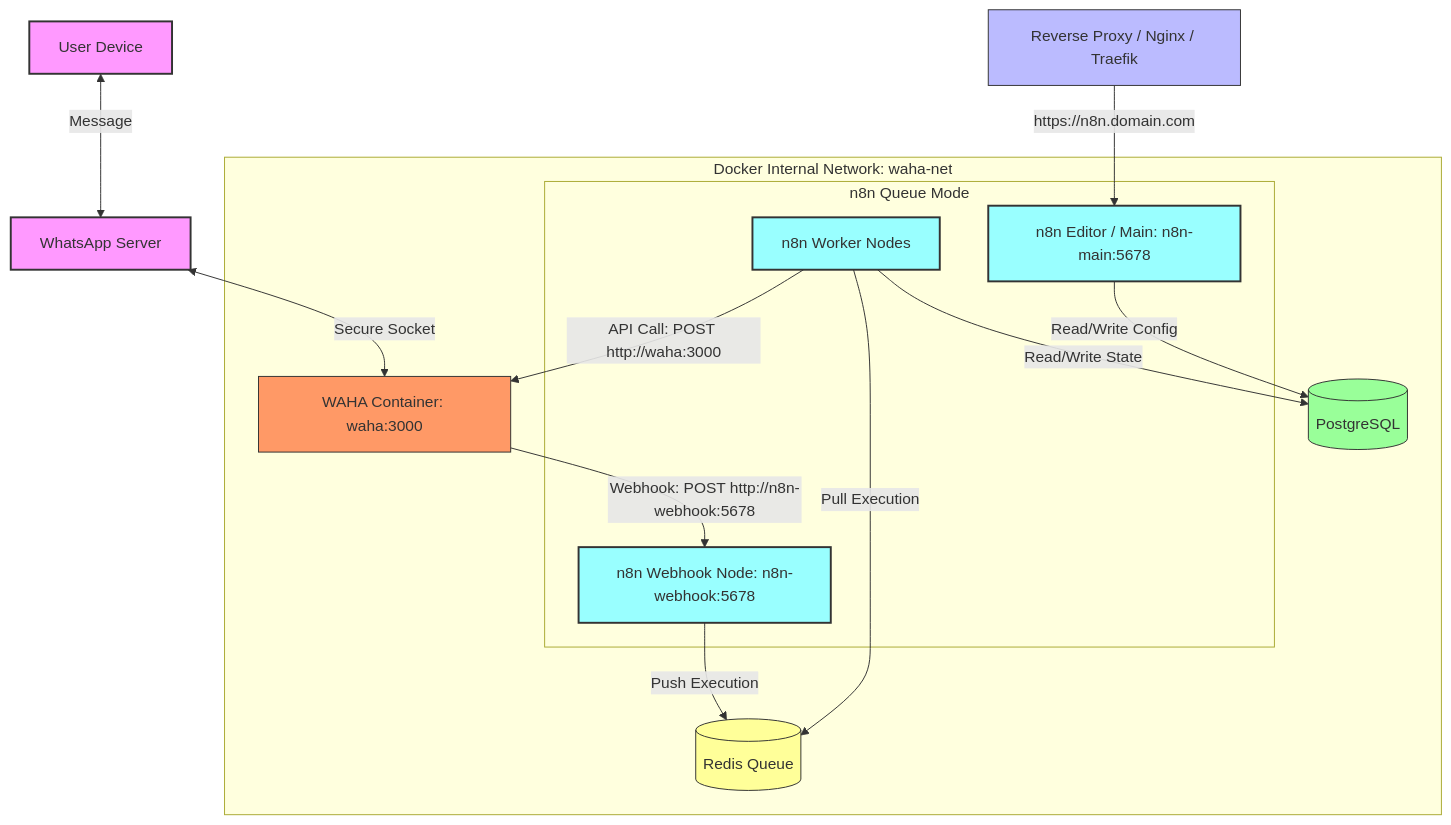
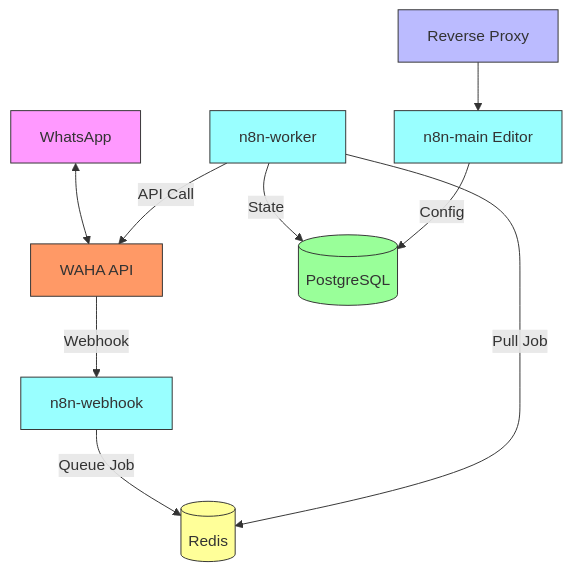
Before and after one commit to yakuyakuku/quartz4site: the first of 3 diagrams in content/Novel/private/WAHA n8n.md, drawn with Mermaid. The commit also changed other lines of this file and 1 other file, not shown here.

Commit message:
vault backup: 2026-06-03 07:51:03

````diff
--- a/content/Novel/private/WAHA n8n.md
+++ b/content/Novel/private/WAHA n8n.md
@@ -17,44 +17,20 @@
 ```mermaid
 graph TD
     %% Styling
-    classDef external fill:#f9f,stroke:#333,stroke-width:2px;
-    classDef frontend fill:#bbf,stroke:#333,stroke-width:1px;
+    classDef ext fill:#f9f,stroke:#333,stroke-width:1px;
+    classDef proxy fill:#bbf,stroke:#333,stroke-width:1px;
     classDef waha fill:#f96,stroke:#333,stroke-width:1px;
-    classDef database fill:#9f9,stroke:#333,stroke-width:1px;
-    classDef queue fill:#ff9,stroke:#333,stroke-width:1px;
-    classDef n8n fill:#9ff,stroke:#333,stroke-width:2px;
+    classDef db fill:#9f9,stroke:#333,stroke-width:1px;
+    classDef redis fill:#ff9,stroke:#333,stroke-width:1px;
+    classDef n8n fill:#9ff,stroke:#333,stroke-width:1px;
 
-    %% Nodes
-    WA[WhatsApp Server]:::external
-    User[User Device]:::external
-    Proxy[Reverse Proxy / Nginx / Traefik]:::frontend
-    
-    subgraph Docker Bridge Network [Docker Internal Network: waha-net]
-        WAHA[WAHA Container: waha:3000]:::waha
-        
-        subgraph n8n Scaling Group [n8n Queue Mode]
-            n8nWeb[n8n Webhook Node: n8n-webhook:5678]:::n8n
-            n8nMain[n8n Editor / Main: n8n-main:5678]:::n8n
-            n8nWorker[n8n Worker Nodes]:::n8n
-        end
-        
-        Redis[(Redis Queue)]:::queue
-        DB[(PostgreSQL)]:::database
-    end
-
-    %% Network Connections
-    User <-->|Message| WA
-    WA <-->|Secure Socket| WAHA
-    
-    Proxy -->|https://n8n.domain.com| n8nMain
-    
-    WAHA -->|Webhook: POST http://n8n-webhook:5678| n8nWeb
-    
-    n8nWeb -->|Push Execution| Redis
-    n8nWorker -->|Pull Execution| Redis
-    
-    n8nWorker -->|Read/Write State| DB
-    n8nMain -->|Read/Write Config| DB
-    
-    n8nWorker -->|API Call: POST http://waha:3000| WAHA
+    %% Nodes & Flow
+    Proxy[Reverse Proxy]:::proxy --> Main[n8n-main Editor]:::n8n
+    WA[WhatsApp]:::ext <--> WAHA[WAHA API]:::waha
+    WAHA -->|Webhook| WH[n8n-webhook]:::n8n
+    WH -->|Queue Job| Redis[(Redis)]:::redis
+    Worker[n8n-worker]:::n8n -->|Pull Job| Redis
+    Worker -->|API Call| WAHA
+    Worker -->|State| DB[(PostgreSQL)]:::db
+    Main -->|Config| DB
 ```
````
